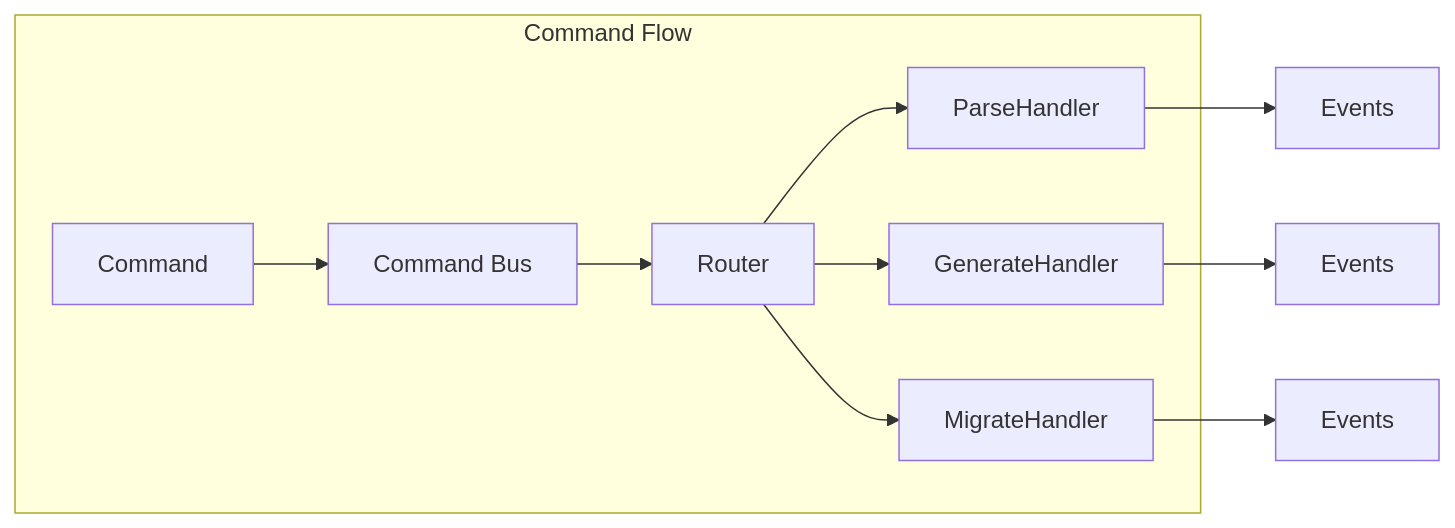
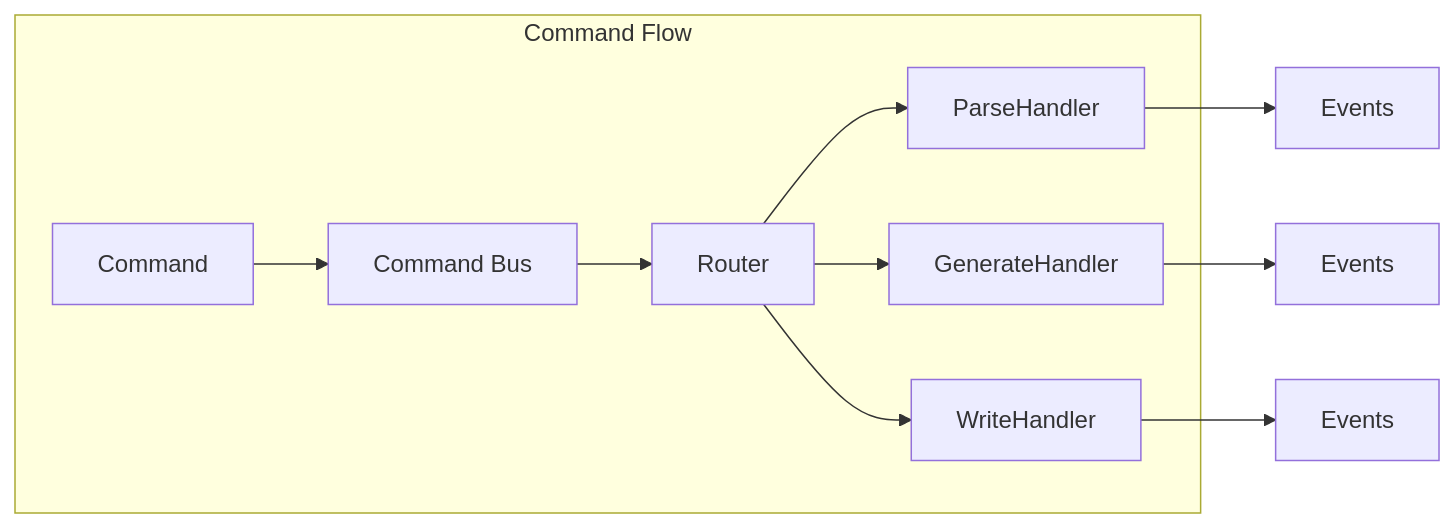
One commit to flyingrobots/wesley changed the seventh of 8 diagrams in docs/architecture/overview.md. Above: the diagram before and after it, drawn with Mermaid. The commit also changed other lines of this file and 385 other files, not shown here.

````diff
--- a/docs/architecture/overview.md
+++ b/docs/architecture/overview.md
@@ -238,14 +231,14 @@
 ```mermaid
 graph LR
     subgraph "Command Flow"
         Command[Command] --> Bus[Command Bus]
         Bus --> Router[Router]
         Router --> Handler1[ParseHandler]
         Router --> Handler2[GenerateHandler]
-        Router --> Handler3[MigrateHandler]
+        Router --> Handler3[WriteHandler]
     end
     
     Handler1 --> Events1[Events]
     Handler2 --> Events2[Events]
     Handler3 --> Events3[Events]
 ```
````
